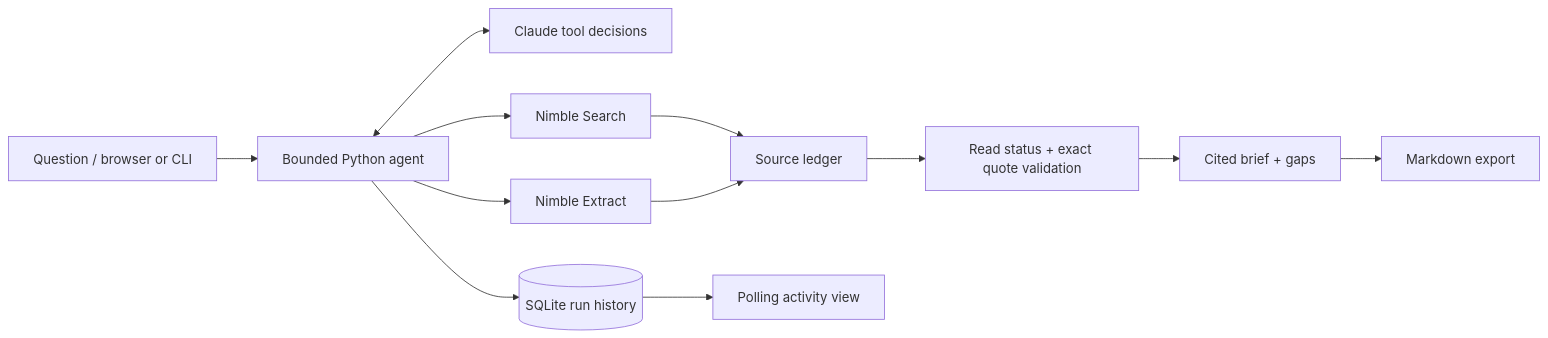
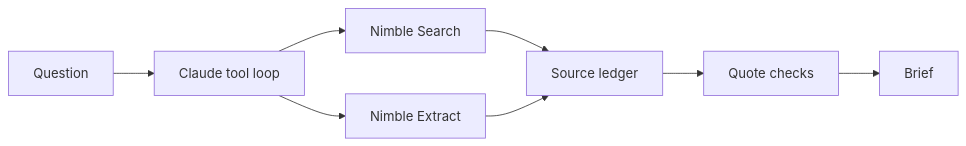
One commit to ojusave/nimble-proof-agent changed the diagram in README.md. Above: the diagram before and after it, drawn with Mermaid. The commit also changed other lines of this file and 4 other files, not shown here.

````diff
--- a/README.md
+++ b/README.md
@@ -72,14 +41,10 @@
 ```mermaid
 flowchart LR
-    U[Question / browser or CLI] --> A[Bounded Python agent]
-    A <--> C[Claude tool decisions]
+    Q[Question] --> A[Claude tool loop]
     A --> S[Nimble Search]
+    A --> E[Nimble Extract]
     S --> L[Source ledger]
-    A --> E[Nimble Extract]
     E --> L
-    L --> V[Read status + exact quote validation]
-    V --> B[Cited brief + gaps]
-    A --> D[(SQLite run history)]
-    D --> T[Polling activity view]
-    B --> M[Markdown export]
+    L --> V[Quote checks]
+    V --> B[Brief]
 ```
````
